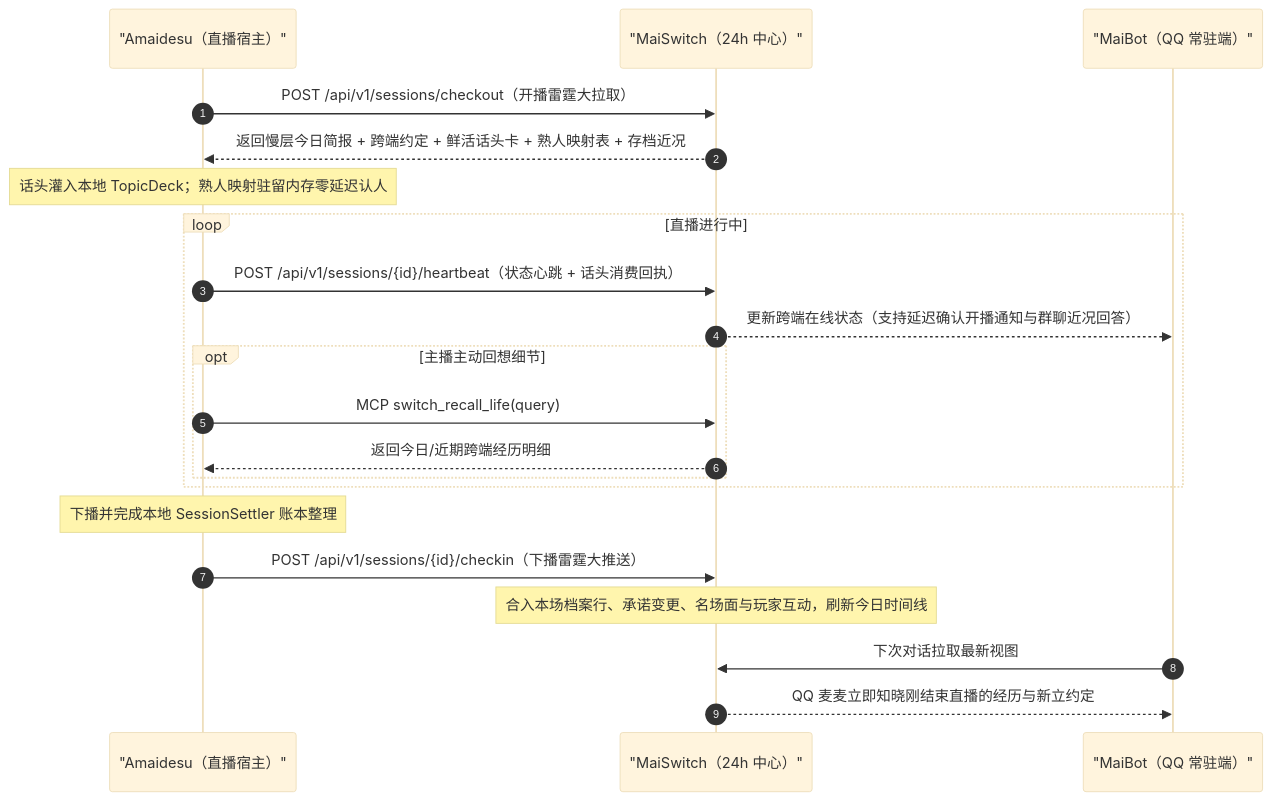
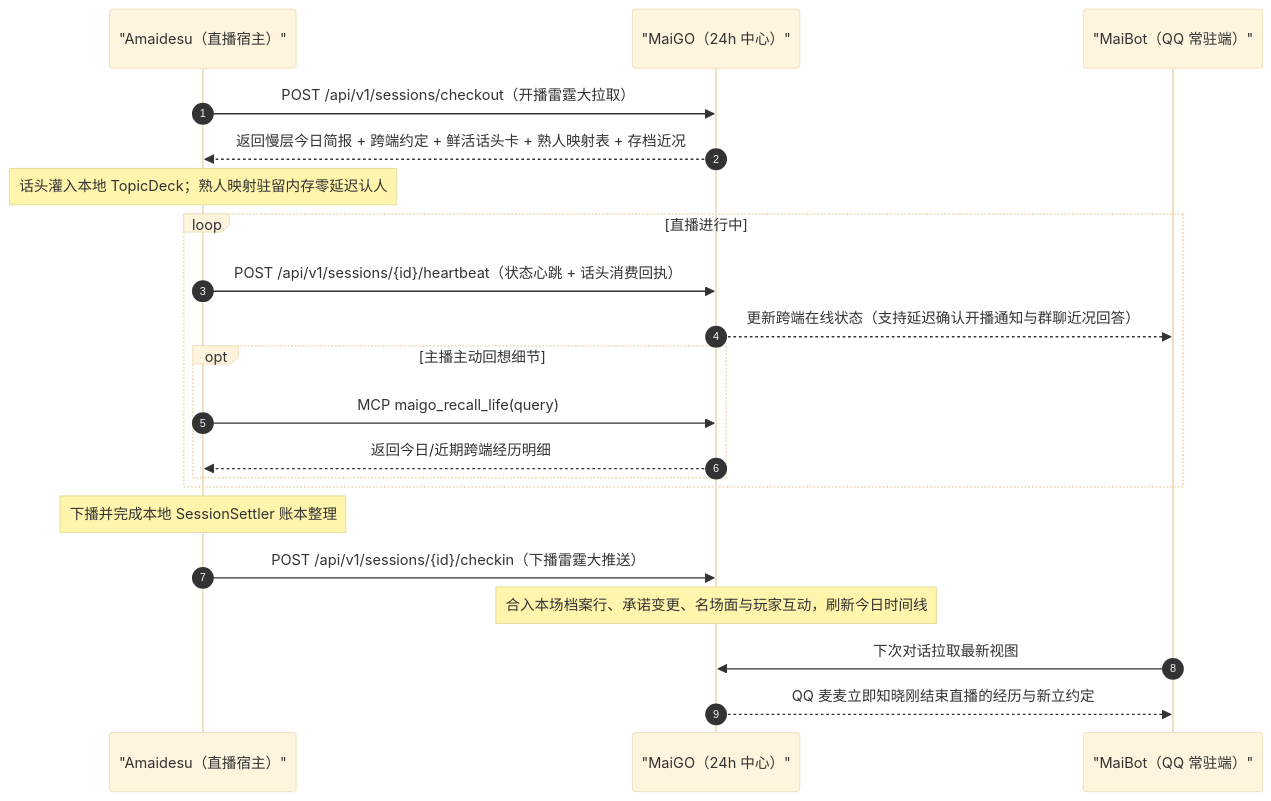
One commit to LittleSadSheep/MaiGO changed the diagram in docs/architecture/protocol.md. Above: the diagram before and after it, drawn with Mermaid (base theme). The commit also changed other lines of this file and 3 other files, not shown here.

First line of the commit message:
docs(architecture): 将仓库规范与架构协议文档统一更名为 MaiGO

````diff
--- a/docs/architecture/protocol.md
+++ b/docs/architecture/protocol.md
@@ -78,26 +78,26 @@
 ```mermaid
 sequenceDiagram
     autonumber
     participant AMA as "Amaidesu（直播宿主）"
-    participant SW as "MaiSwitch（24h 中心）"
+    participant SW as "MaiGO（24h 中心）"
     participant MB as "MaiBot（QQ 常驻端）"
 
     AMA->>SW: POST /api/v1/sessions/checkout（开播雷霆大拉取）
     SW-->>AMA: 返回慢层今日简报 + 跨端约定 + 鲜活话头卡 + 熟人映射表 + 存档近况
     Note over AMA: 话头灌入本地 TopicDeck；熟人映射驻留内存零延迟认人
 
     loop 直播进行中
         AMA->>SW: POST /api/v1/sessions/{id}/heartbeat（状态心跳 + 话头消费回执）
         SW-->>MB: 更新跨端在线状态（支持延迟确认开播通知与群聊近况回答）
         opt 主播主动回想细节
-            AMA->>SW: MCP switch_recall_life(query)
+            AMA->>SW: MCP maigo_recall_life(query)
             SW-->>AMA: 返回今日/近期跨端经历明细
         end
     end
 
     Note over AMA: 下播并完成本地 SessionSettler 账本整理
     AMA->>SW: POST /api/v1/sessions/{id}/checkin（下播雷霆大推送）
     Note over SW: 合入本场档案行、承诺变更、名场面与玩家互动，刷新今日时间线
     MB->>SW: 下次对话拉取最新视图
     SW-->>MB: QQ 麦麦立即知晓刚结束直播的经历与新立约定
 ```
````
